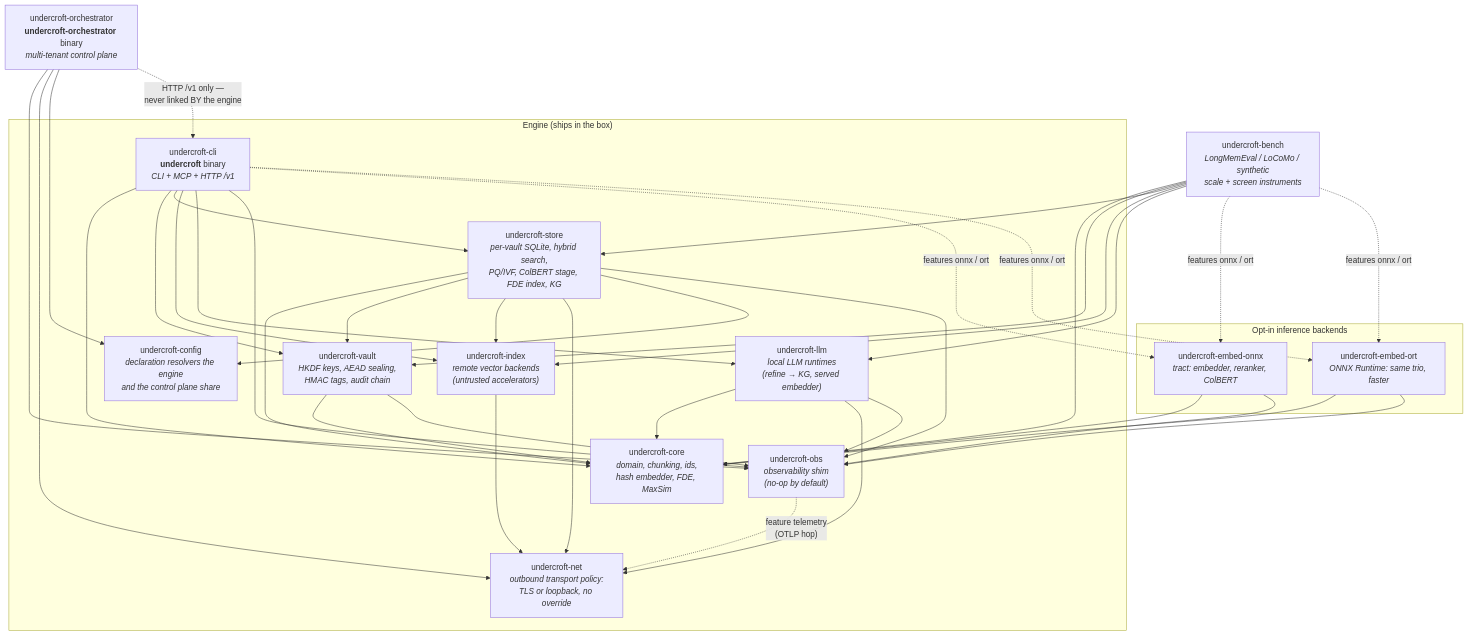
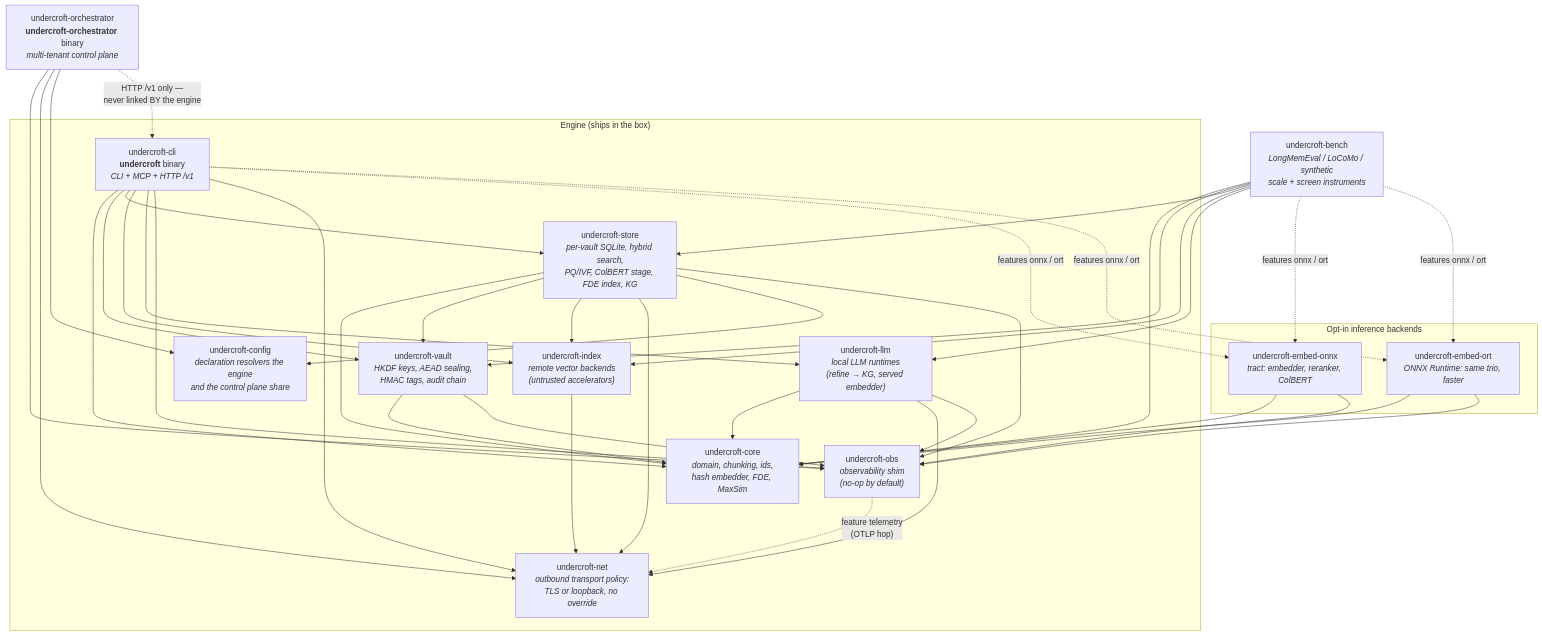
Before and after one commit to sealcroft/undercroft: the diagram in docs/diagrams/src/architecture-components.mmd, drawn with Mermaid. The commit also changed 93 other files, not shown here.

```diff
--- a/docs/diagrams/src/architecture-components.mmd
+++ b/docs/diagrams/src/architecture-components.mmd
@@ -1,55 +1,56 @@
 flowchart TB
     subgraph engine["Engine (ships in the box)"]
         core["undercroft-core<br/><i>domain, chunking, ids,<br/>hash embedder, FDE, MaxSim</i>"]
         vault["undercroft-vault<br/><i>HKDF keys, AEAD sealing,<br/>HMAC tags, audit chain</i>"]
         store["undercroft-store<br/><i>per-vault SQLite, hybrid search,<br/>PQ/IVF, ColBERT stage, FDE index, KG</i>"]
         index["undercroft-index<br/><i>remote vector backends<br/>(untrusted accelerators)</i>"]
         llm["undercroft-llm<br/><i>local LLM runtimes<br/>(refine → KG, served embedder)</i>"]
         net["undercroft-net<br/><i>outbound transport policy:<br/>TLS or loopback, no override</i>"]
         config["undercroft-config<br/><i>declaration resolvers the engine<br/>and the control plane share</i>"]
         obs["undercroft-obs<br/><i>observability shim<br/>(no-op by default)</i>"]
         cli["undercroft-cli<br/><b>undercroft</b> binary<br/><i>CLI + MCP + HTTP /v1</i>"]
     end
     subgraph optional["Opt-in inference backends"]
         onnx["undercroft-embed-onnx<br/><i>tract: embedder, reranker, ColBERT</i>"]
         ort["undercroft-embed-ort<br/><i>ONNX Runtime: same trio, faster</i>"]
     end
     bench["undercroft-bench<br/><i>LongMemEval / LoCoMo / synthetic<br/>scale + screen instruments</i>"]
     orch["undercroft-orchestrator<br/><b>undercroft-orchestrator</b> binary<br/><i>multi-tenant control plane</i>"]
 
     vault --> core
     vault --> obs
     store --> core
     store --> vault
     store --> index
     store --> net
     store --> config
     store --> obs
     index --> net
     llm --> core
     llm --> net
     llm --> obs
     obs -. "feature telemetry<br/>(OTLP hop)" .-> net
     cli --> core
     cli --> vault
     cli --> store
     cli --> index
     cli --> llm
     cli --> obs
+    cli --> net
     cli -. "features onnx / ort" .-> onnx
     cli -. "features onnx / ort" .-> ort
     onnx --> core
     onnx --> obs
     ort --> core
     ort --> obs
     bench --> core
     bench --> vault
     bench --> store
     bench --> index
     bench --> llm
     bench -. "features onnx / ort" .-> onnx
     bench -. "features onnx / ort" .-> ort
     orch --> obs
     orch --> net
     orch --> config
     orch -. "HTTP /v1 only —<br/>never linked BY the engine" .-> cli
```
